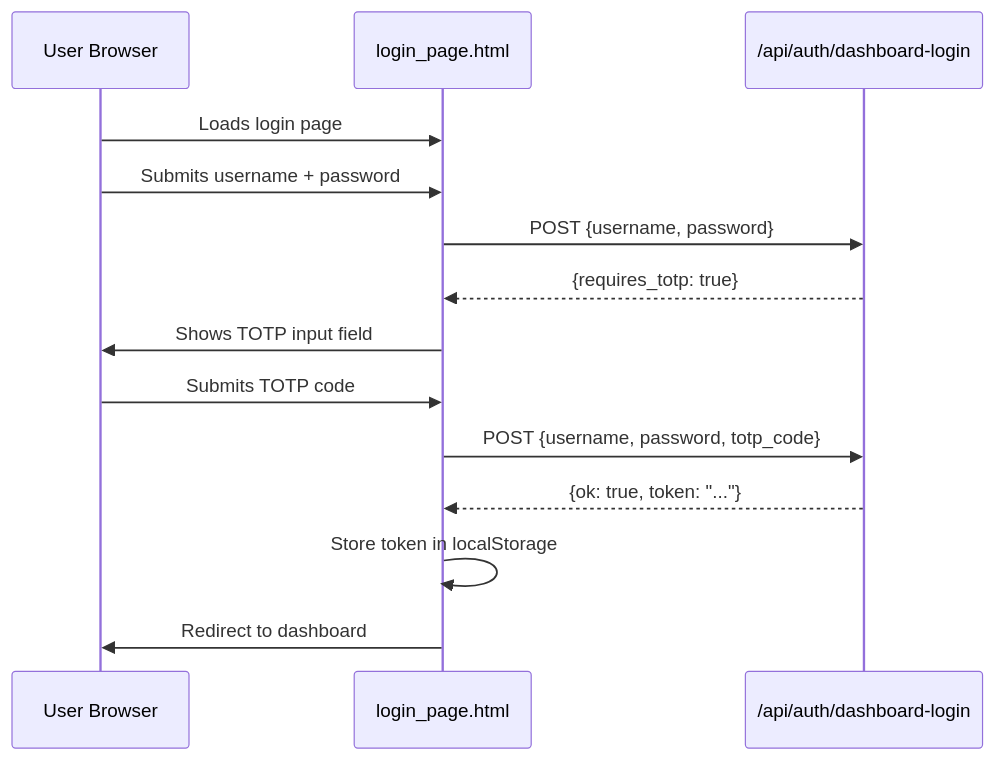
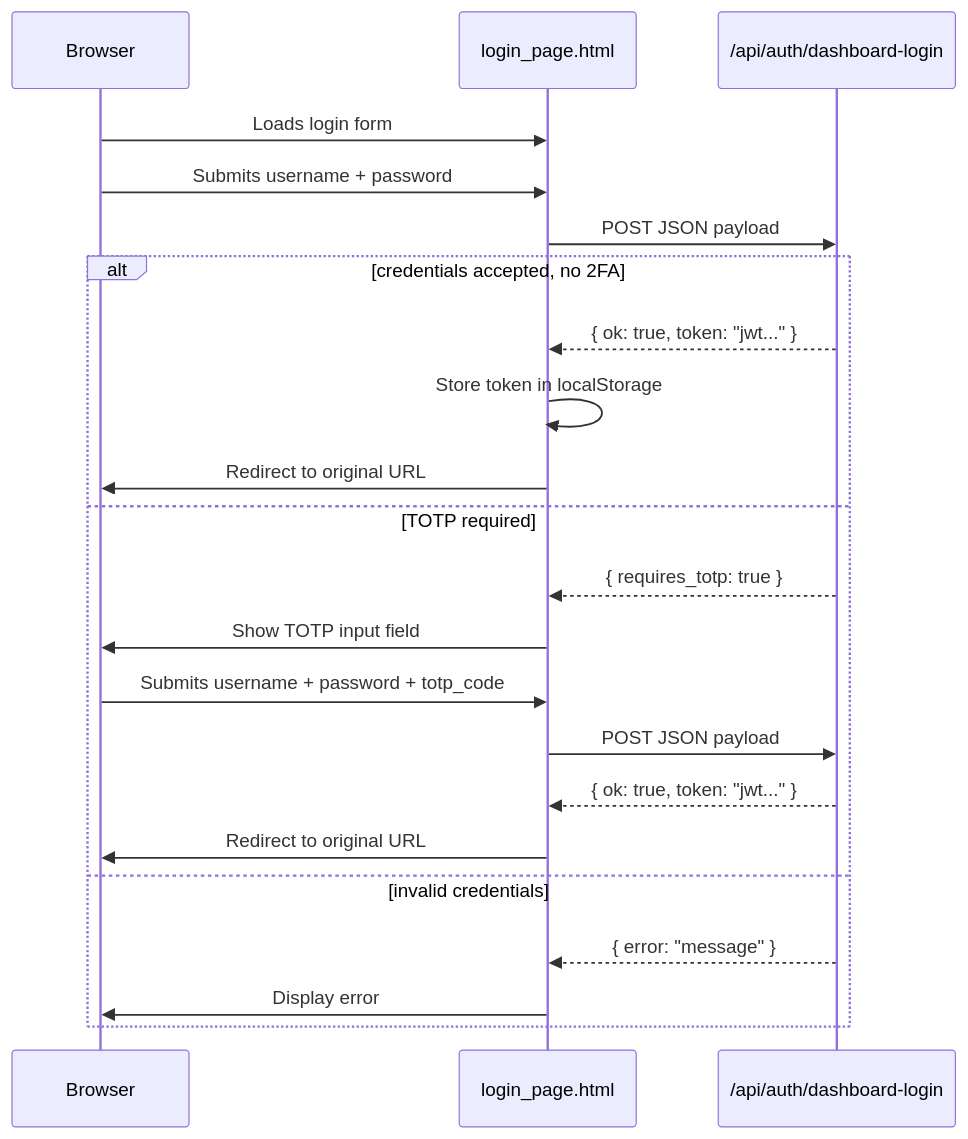
One commit to leszek3737/librefang-WIki changed the diagram in other-librefang-api-src.md. Above: the diagram before and after it, drawn with Mermaid. The commit also changed other lines of this file and 118 other files, not shown here.

````diff
--- a/other-librefang-api-src.md
+++ b/other-librefang-api-src.md
@@ -15,17 +15,25 @@
 ```mermaid
 sequenceDiagram
-    participant U as User Browser
+    participant U as Browser
     participant L as login_page.html
     participant A as /api/auth/dashboard-login
 
-    U->>L: Loads login page
+    U->>L: Loads login form
     U->>L: Submits username + password
-    L->>A: POST {username, password}
-    A-->>L: {requires_totp: true}
-    L->>U: Shows TOTP input field
-    U->>L: Submits TOTP code
-    L->>A: POST {username, password, totp_code}
-    A-->>L: {ok: true, token: "..."}
-    L->>L: Store token in localStorage
-    L->>U: Redirect to dashboard
+    L->>A: POST JSON payload
+    alt credentials accepted, no 2FA
+        A-->>L: { ok: true, token: "jwt..." }
+        L->>L: Store token in localStorage
+        L->>U: Redirect to original URL
+    else TOTP required
+        A-->>L: { requires_totp: true }
+        L->>U: Show TOTP input field
+        U->>L: Submits username + password + totp_code
+        L->>A: POST JSON payload
+        A-->>L: { ok: true, token: "jwt..." }
+        L->>U: Redirect to original URL
+    else invalid credentials
+        A-->>L: { error: "message" }
+        L->>U: Display error
+    end
 ```
````
